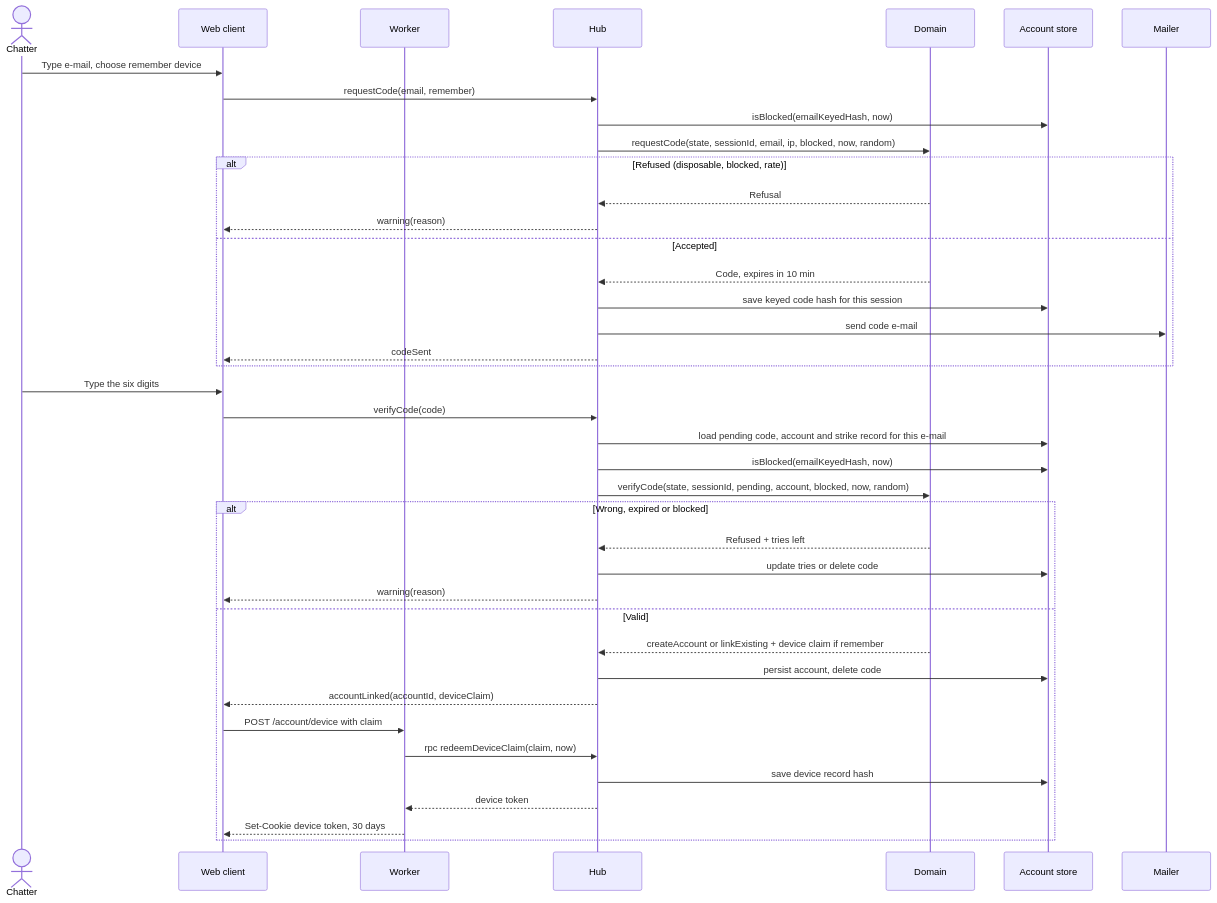
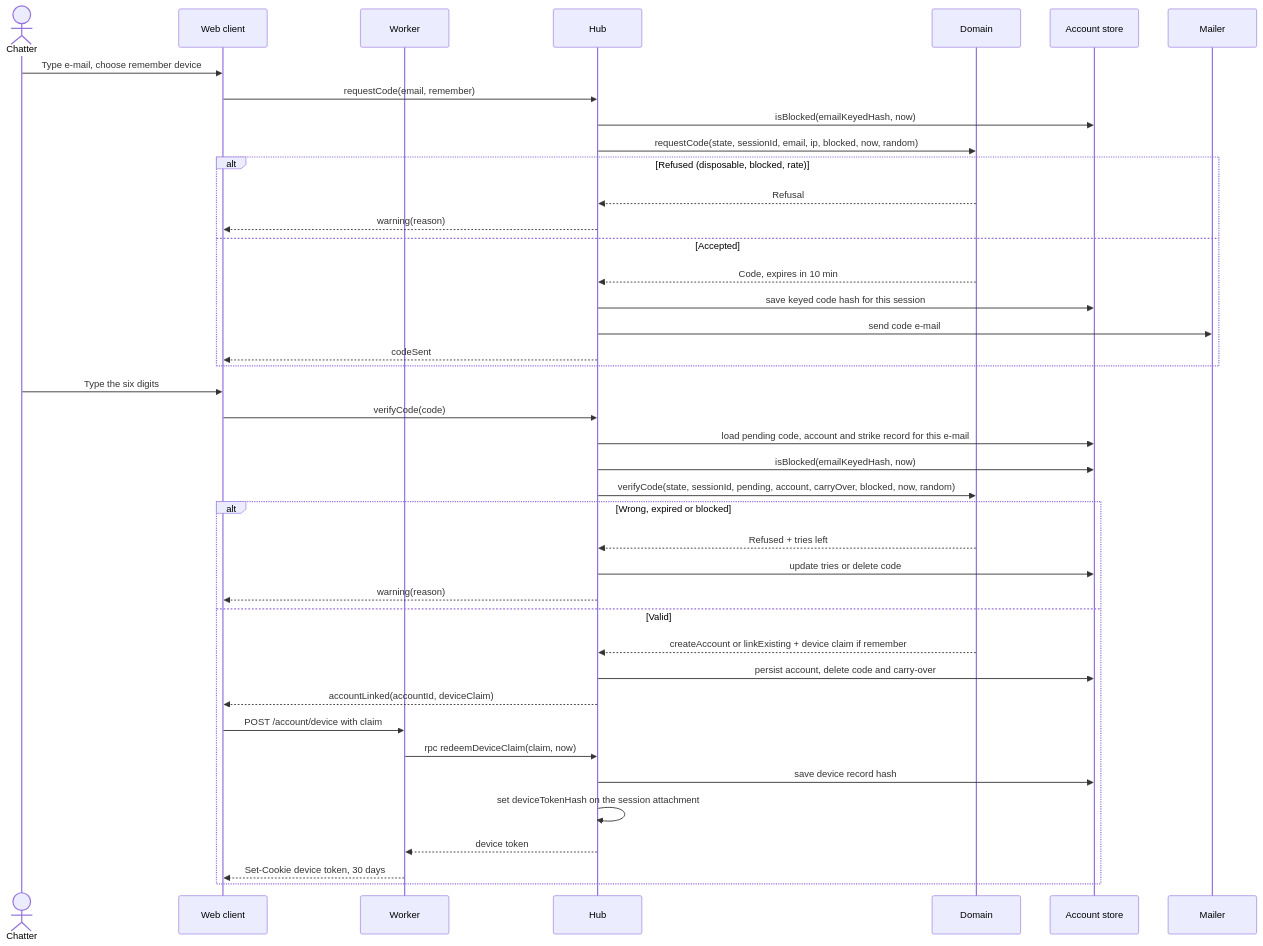
One commit to benoit-bremaud/asv changed the diagram in docs/architecture/diagrams/accounts/02-sequence-sign-in-with-code.md. Above: the diagram before and after it, drawn with Mermaid. The commit also changed 32 other files, not shown here.

````diff
--- a/docs/architecture/diagrams/accounts/02-sequence-sign-in-with-code.md
+++ b/docs/architecture/diagrams/accounts/02-sequence-sign-in-with-code.md
@@ -15,42 +15,43 @@
 ```mermaid
 sequenceDiagram
   actor C as Chatter
   participant W as Web client
   participant WK as Worker
   participant H as Hub
   participant D as Domain
   participant AS as Account store
   participant ML as Mailer
   C->>W: Type e-mail, choose remember device
   W->>H: requestCode(email, remember)
   H->>AS: isBlocked(emailKeyedHash, now)
   H->>D: requestCode(state, sessionId, email, ip, blocked, now, random)
   alt Refused (disposable, blocked, rate)
     D-->>H: Refusal
     H-->>W: warning(reason)
   else Accepted
     D-->>H: Code, expires in 10 min
     H->>AS: save keyed code hash for this session
     H->>ML: send code e-mail
     H-->>W: codeSent
   end
   C->>W: Type the six digits
   W->>H: verifyCode(code)
   H->>AS: load pending code, account and strike record for this e-mail
   H->>AS: isBlocked(emailKeyedHash, now)
-  H->>D: verifyCode(state, sessionId, pending, account, blocked, now, random)
+  H->>D: verifyCode(state, sessionId, pending, account, carryOver, blocked, now, random)
   alt Wrong, expired or blocked
     D-->>H: Refused + tries left
     H->>AS: update tries or delete code
     H-->>W: warning(reason)
   else Valid
     D-->>H: createAccount or linkExisting + device claim if remember
-    H->>AS: persist account, delete code
+    H->>AS: persist account, delete code and carry-over
     H-->>W: accountLinked(accountId, deviceClaim)
     W->>WK: POST /account/device with claim
     WK->>H: rpc redeemDeviceClaim(claim, now)
     H->>AS: save device record hash
+    H->>H: set deviceTokenHash on the session attachment
     H-->>WK: device token
     WK-->>W: Set-Cookie device token, 30 days
   end
 ```
````
